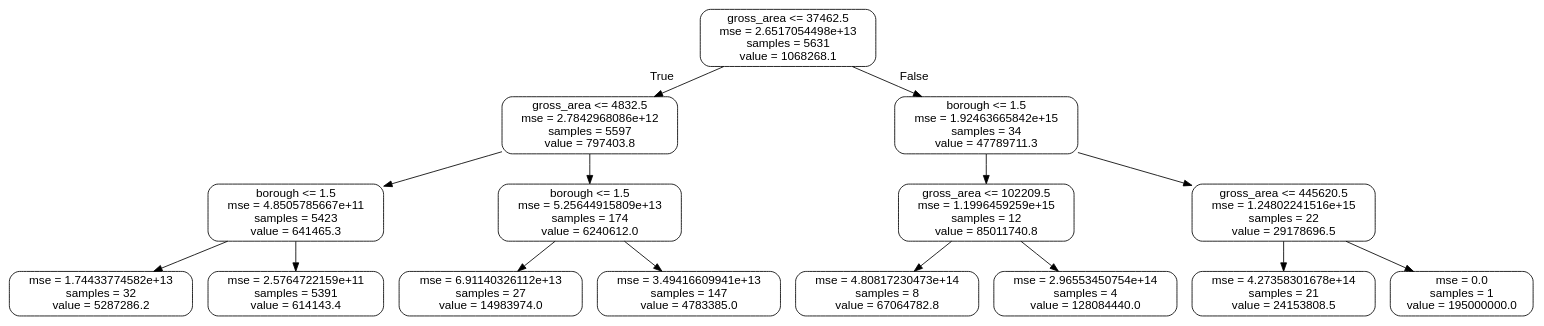
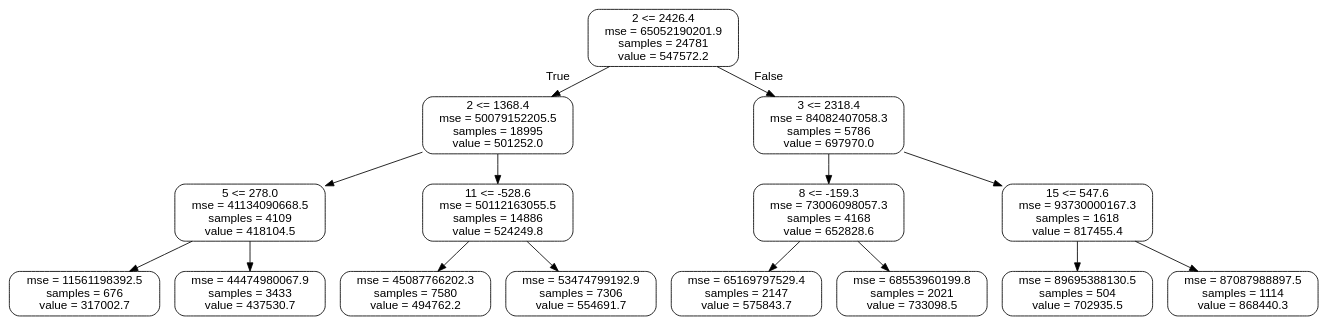
One commit to fegan104/cs586-team2 changed the diagram in Project2/small_tree.dot. Above: the diagram before and after it, drawn with Graphviz. The commit also changed 10 other files, not shown here.

```diff
--- a/Project2/small_tree.dot
+++ b/Project2/small_tree.dot
@@ -1,33 +1,33 @@
 digraph Tree {
 node [shape=box, style="rounded", color="black", fontname=helvetica] ;
 edge [fontname=helvetica] ;
-0 [label="gross_area <= 37462.5\nmse = 2.6517054498e+13\nsamples = 5631\nvalue = 1068268.1"] ;
-1 [label="gross_area <= 4832.5\nmse = 2.7842968086e+12\nsamples = 5597\nvalue = 797403.8"] ;
+0 [label="2 <= 2426.4\nmse = 65052190201.9\nsamples = 24781\nvalue = 547572.2"] ;
+1 [label="2 <= 1368.4\nmse = 50079152205.5\nsamples = 18995\nvalue = 501252.0"] ;
 0 -> 1 [labeldistance=2.5, labelangle=45, headlabel="True"] ;
-2 [label="borough <= 1.5\nmse = 4.8505785667e+11\nsamples = 5423\nvalue = 641465.3"] ;
+2 [label="5 <= 278.0\nmse = 41134090668.5\nsamples = 4109\nvalue = 418104.5"] ;
 1 -> 2 ;
-3 [label="mse = 1.74433774582e+13\nsamples = 32\nvalue = 5287286.2"] ;
+3 [label="mse = 11561198392.5\nsamples = 676\nvalue = 317002.7"] ;
 2 -> 3 ;
-4 [label="mse = 2.5764722159e+11\nsamples = 5391\nvalue = 614143.4"] ;
+4 [label="mse = 44474980067.9\nsamples = 3433\nvalue = 437530.7"] ;
 2 -> 4 ;
-5 [label="borough <= 1.5\nmse = 5.25644915809e+13\nsamples = 174\nvalue = 6240612.0"] ;
+5 [label="11 <= -528.6\nmse = 50112163055.5\nsamples = 14886\nvalue = 524249.8"] ;
 1 -> 5 ;
-6 [label="mse = 6.91140326112e+13\nsamples = 27\nvalue = 14983974.0"] ;
+6 [label="mse = 45087766202.3\nsamples = 7580\nvalue = 494762.2"] ;
 5 -> 6 ;
-7 [label="mse = 3.49416609941e+13\nsamples = 147\nvalue = 4783385.0"] ;
+7 [label="mse = 53474799192.9\nsamples = 7306\nvalue = 554691.7"] ;
 5 -> 7 ;
-8 [label="borough <= 1.5\nmse = 1.92463665842e+15\nsamples = 34\nvalue = 47789711.3"] ;
+8 [label="3 <= 2318.4\nmse = 84082407058.3\nsamples = 5786\nvalue = 697970.0"] ;
 0 -> 8 [labeldistance=2.5, labelangle=-45, headlabel="False"] ;
-9 [label="gross_area <= 102209.5\nmse = 1.1996459259e+15\nsamples = 12\nvalue = 85011740.8"] ;
+9 [label="8 <= -159.3\nmse = 73006098057.3\nsamples = 4168\nvalue = 652828.6"] ;
 8 -> 9 ;
-10 [label="mse = 4.80817230473e+14\nsamples = 8\nvalue = 67064782.8"] ;
+10 [label="mse = 65169797529.4\nsamples = 2147\nvalue = 575843.7"] ;
 9 -> 10 ;
-11 [label="mse = 2.96553450754e+14\nsamples = 4\nvalue = 128084440.0"] ;
+11 [label="mse = 68553960199.8\nsamples = 2021\nvalue = 733098.5"] ;
 9 -> 11 ;
-12 [label="gross_area <= 445620.5\nmse = 1.24802241516e+15\nsamples = 22\nvalue = 29178696.5"] ;
+12 [label="15 <= 547.6\nmse = 93730000167.3\nsamples = 1618\nvalue = 817455.4"] ;
 8 -> 12 ;
-13 [label="mse = 4.27358301678e+14\nsamples = 21\nvalue = 24153808.5"] ;
+13 [label="mse = 89695388130.5\nsamples = 504\nvalue = 702935.5"] ;
 12 -> 13 ;
-14 [label="mse = 0.0\nsamples = 1\nvalue = 195000000.0"] ;
+14 [label="mse = 87087988897.5\nsamples = 1114\nvalue = 868440.3"] ;
 12 -> 14 ;
 }
```
